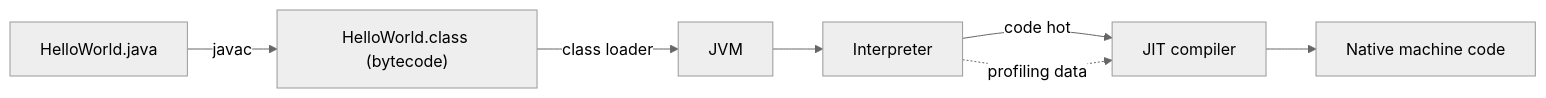
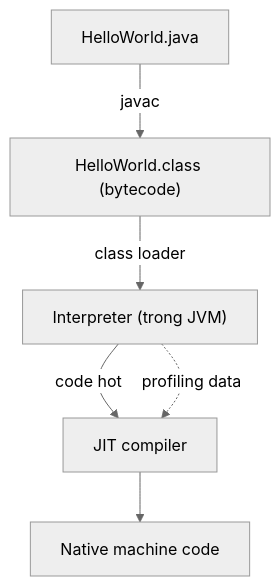
The first of 3 diagrams in _posts/2026-11-26-how-jvm-run-your-code.md (dupn98/dupn98.github.io), drawn with Mermaid (neutral theme) before and after one commit. The commit also changed 1 other file, not shown here.

Commit message:
JVM post: vertical pipeline diagram; unify Java category casing
The horizontal 6-node pipeline rendered ~37px tall and unreadable.
[java] vs [Java] produced a duplicate categories/java page.

````diff
--- a/_posts/2026-11-26-how-jvm-run-your-code.md
+++ b/_posts/2026-11-26-how-jvm-run-your-code.md
@@ -22,9 +22,8 @@
 ```mermaid
-flowchart LR
+flowchart TD
     A["HelloWorld.java"] -->|javac| B["HelloWorld.class (bytecode)"]
-    B -->|class loader| C["JVM"]
-    C --> D["Interpreter"]
+    B -->|class loader| D["Interpreter (trong JVM)"]
     D -->|"code hot"| E["JIT compiler"]
     E --> F["Native machine code"]
     D -.->|"profiling data"| E
 ```
````
